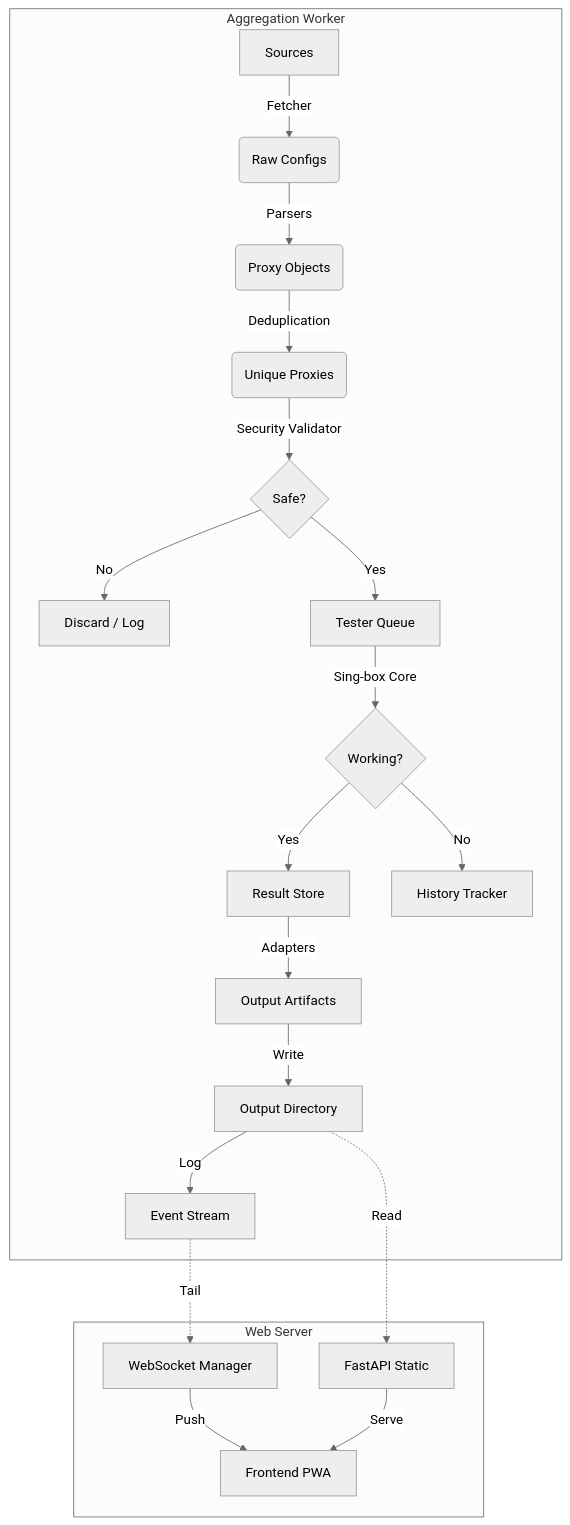
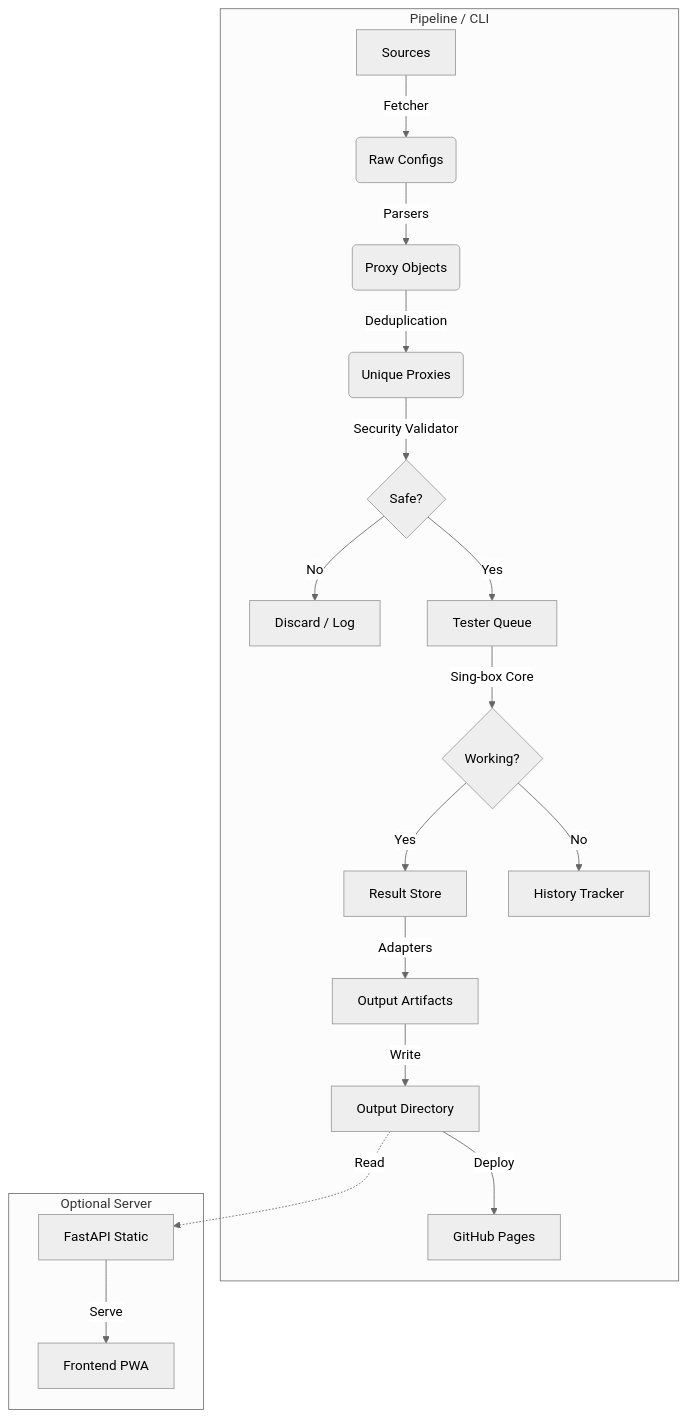
Before and after one commit to AmirrezaFarnamTaheri/ConfigStream: the diagram in ARCHITECTURE.md, drawn with Mermaid (neutral theme). The commit also changed other lines of this file and 23 other files, not shown here.

````diff
--- a/ARCHITECTURE.md
+++ b/ARCHITECTURE.md
@@ -7,24 +7,22 @@
 ```mermaid
 graph TD
-    subgraph Worker [Aggregation Worker]
+    subgraph Pipeline [Pipeline / CLI]
         A[Sources] -->|Fetcher| B(Raw Configs)
         B -->|Parsers| C(Proxy Objects)
         C -->|Deduplication| D(Unique Proxies)
         D -->|Security Validator| E{Safe?}
         E -- No --> F[Discard / Log]
         E -- Yes --> G[Tester Queue]
         G -->|Sing-box Core| H{Working?}
         H -- Yes --> I[Result Store]
         H -- No --> J[History Tracker]
         I -->|Adapters| K[Output Artifacts]
         K -->|Write| L[Output Directory]
-        L -->|Log| M[Event Stream]
+        L -->|Deploy| M[GitHub Pages]
     end
 
-    subgraph Server [Web Server]
+    subgraph Viewer [Optional Server]
         L -.->|Read| N[FastAPI Static]
-        M -.->|Tail| O[WebSocket Manager]
-        O -->|Push| P[Frontend PWA]
-        N -->|Serve| P
+        N -->|Serve| P[Frontend PWA]
     end
 ```
````
